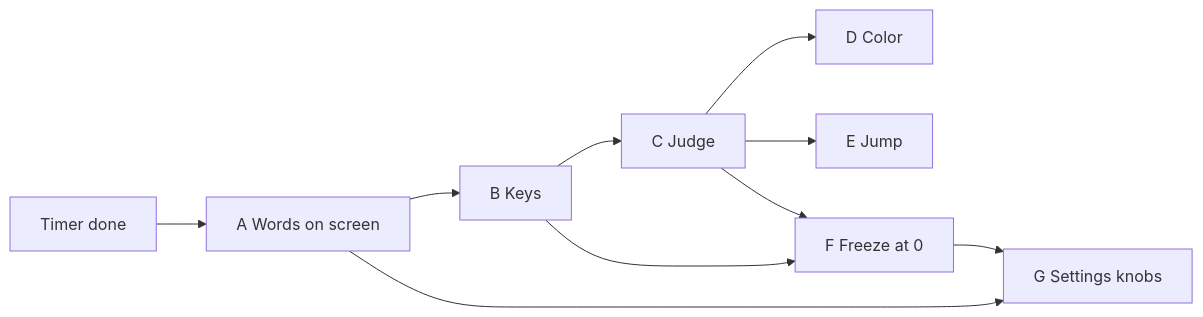
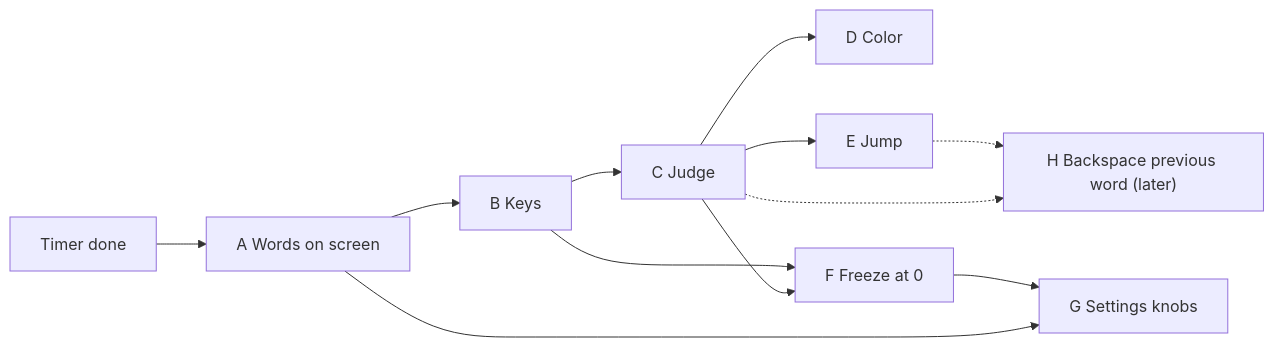
One commit to KennardMB/TypeShi changed the second of 3 diagrams in SLICE_ORDER.md. Above: the diagram before and after it, drawn with Mermaid. The commit also changed other lines of this file and 4 other files, not shown here.

````diff
--- a/SLICE_ORDER.md
+++ b/SLICE_ORDER.md
@@ -42,9 +42,11 @@
 ```mermaid
 flowchart LR
   Done["Timer done"] --> A["A Words on screen"] --> B["B Keys"] --> C["C Judge"] --> D["D Color"]
   C --> E["E Jump"]
   C --> F["F Freeze at 0"]
   B --> F
   A --> G["G Settings knobs"]
   F --> G
+  C -.-> H["H Backspace previous word (later)"]
+  E -.-> H
 ```
````
